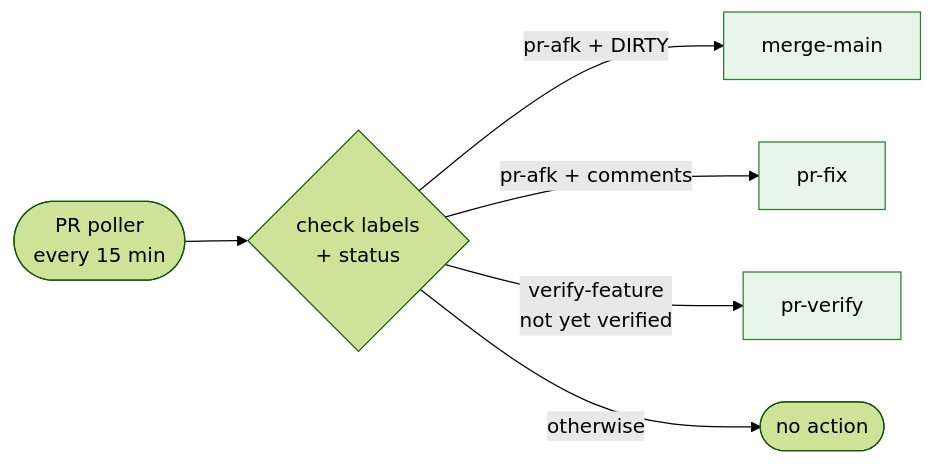
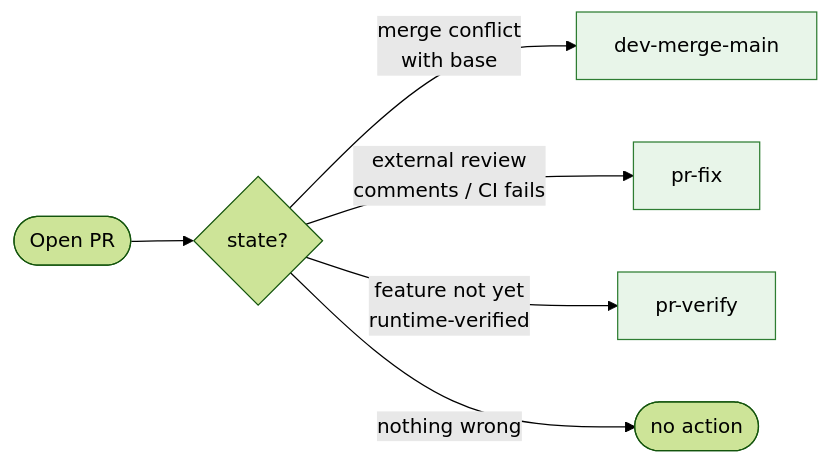
The third of 3 diagrams in docs/development-workflow.md (paulund/ai), drawn with Mermaid (forest theme) before and after one commit. The commit also changed other lines of this file and 2 other files, not shown here.

````diff
--- a/docs/development-workflow.md
+++ b/docs/development-workflow.md
@@ -139,11 +139,11 @@
 ```mermaid
 flowchart LR
-    Poll([PR poller<br/>every 15 min]) --> Check{check labels<br/>+ status}
-    Check -->|pr-afk + DIRTY| MM[merge-main]
-    Check -->|pr-afk + comments| PF[pr-fix]
-    Check -->|verify-feature<br/>not yet verified| PV[pr-verify]
-    Check -->|otherwise| Skip([no action])
+    PR([Open PR]) --> Check{state?}
+    Check -->|merge conflict<br/>with base| MM[dev-merge-main]
+    Check -->|external review<br/>comments / CI fails| PF[pr-fix]
+    Check -->|feature not yet<br/>runtime-verified| PV[pr-verify]
+    Check -->|nothing wrong| Skip([no action])
 
     classDef skill fill:#e8f5e9,stroke:#2e7d32
     class MM,PF,PV skill
 ```
````
